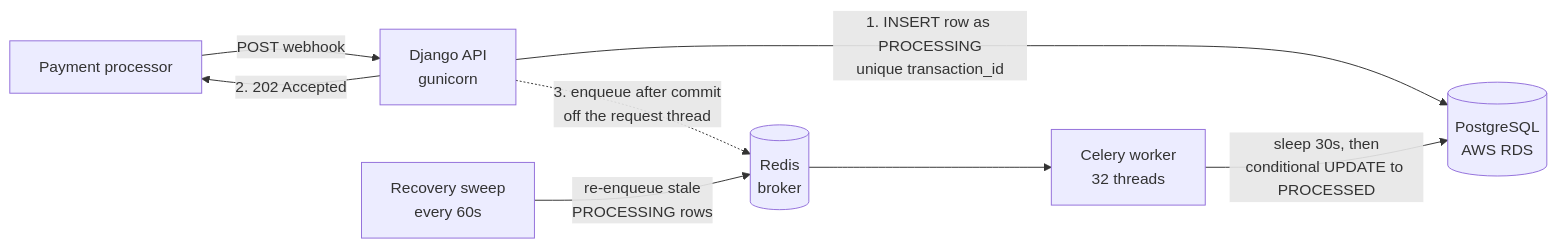
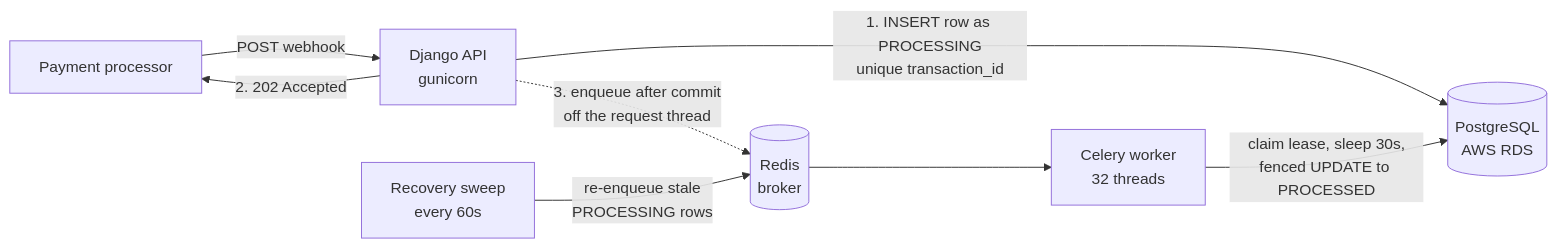
One commit to adiashishz/transaction-webhook-service changed the diagram in README.md. Above: the diagram before and after it, drawn with Mermaid. The commit also changed other lines of this file and 20 other files, not shown here.

````diff
--- a/README.md
+++ b/README.md
@@ -39,10 +39,10 @@
 ```mermaid
 flowchart LR
     P[Payment processor] -->|POST webhook| W[Django API<br/>gunicorn]
     W -->|1. INSERT row as PROCESSING<br/>unique transaction_id| DB[(PostgreSQL<br/>AWS RDS)]
     W -->|2. 202 Accepted| P
     W -.->|3. enqueue after commit<br/>off the request thread| R[(Redis<br/>broker)]
     R --> C[Celery worker<br/>32 threads]
-    C -->|sleep 30s, then<br/>conditional UPDATE to PROCESSED| DB
+    C -->|claim lease, sleep 30s,<br/>fenced UPDATE to PROCESSED| DB
     B[Recovery sweep<br/>every 60s] -->|re-enqueue stale<br/>PROCESSING rows| R
 ```
````
